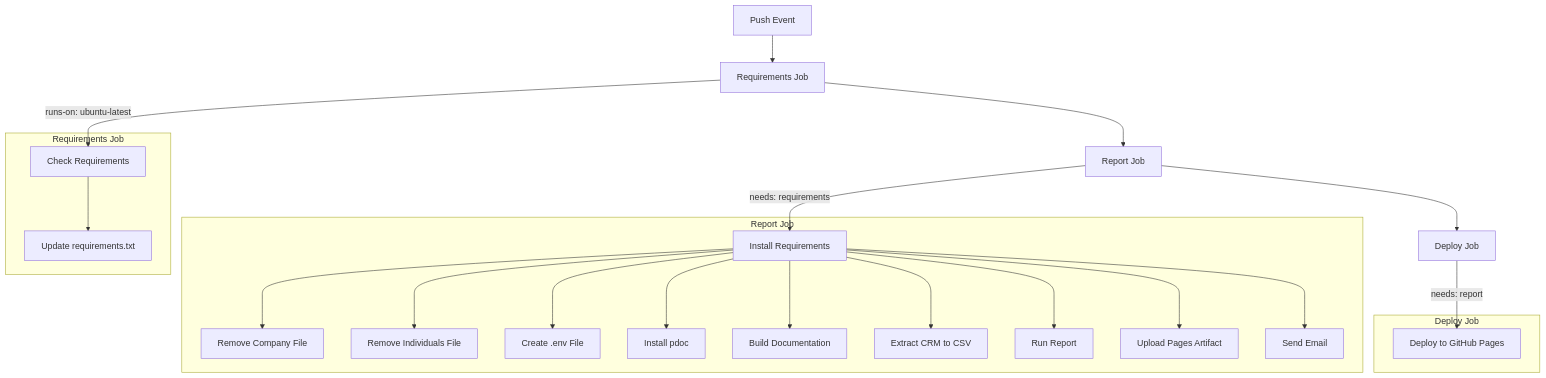
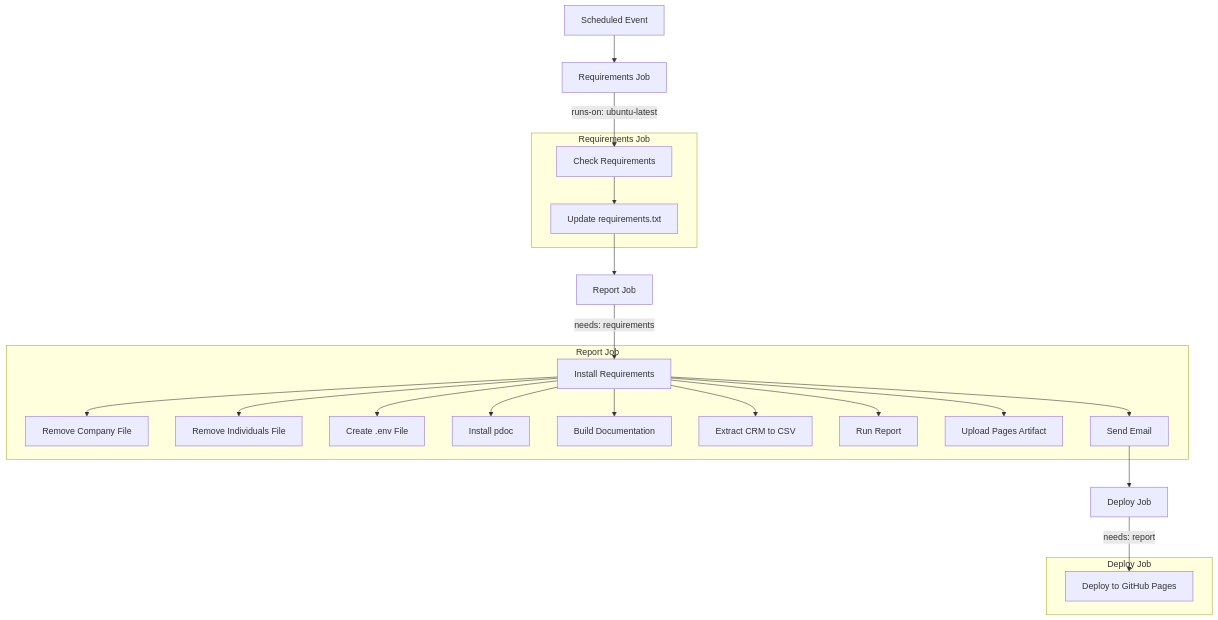
The diagram in README.md (SACCSF/NeonCRMAnalytics), drawn with Mermaid before and after one commit. The commit also changed 1 other file, not shown here.

Commit message:
Improved template and updated diagram in Readme

````diff
--- a/README.md
+++ b/README.md
@@ -64,43 +64,43 @@
 ```mermaid
 graph TD;
-    A[Push Event] --> B[Requirements Job]
+    A[Scheduled Event] --> B[Requirements Job]
     B -->|runs-on: ubuntu-latest| C[Check Requirements]
     C --> D[Update requirements.txt]
 
-    B --> E[Report Job]
+    D --> E[Report Job]
     E -->|needs: requirements| F[Install Requirements]
     F --> G[Remove Company File]
     F --> H[Remove Individuals File]
     F --> I[Create .env File]
     F --> J[Install pdoc]
     F --> K[Build Documentation]
     F --> L[Extract CRM to CSV]
     F --> M[Run Report]
     F --> N[Upload Pages Artifact]
     F --> O[Send Email]
 
-    E --> P[Deploy Job]
+    O --> P[Deploy Job]
     P -->|needs: report| Q[Deploy to GitHub Pages]
 
     subgraph Requirements Job
         C
         D
     end
 
     subgraph Report Job
         F
         G
         H
         I
         J
         K
         L
         M
         N
         O
     end
 
     subgraph Deploy Job
         Q
     end
 ```
````
